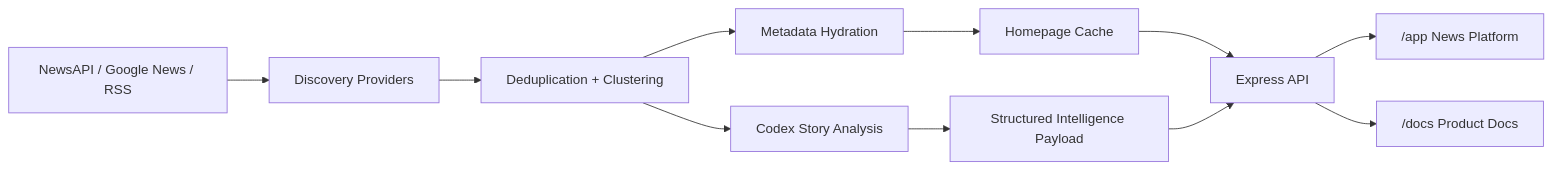
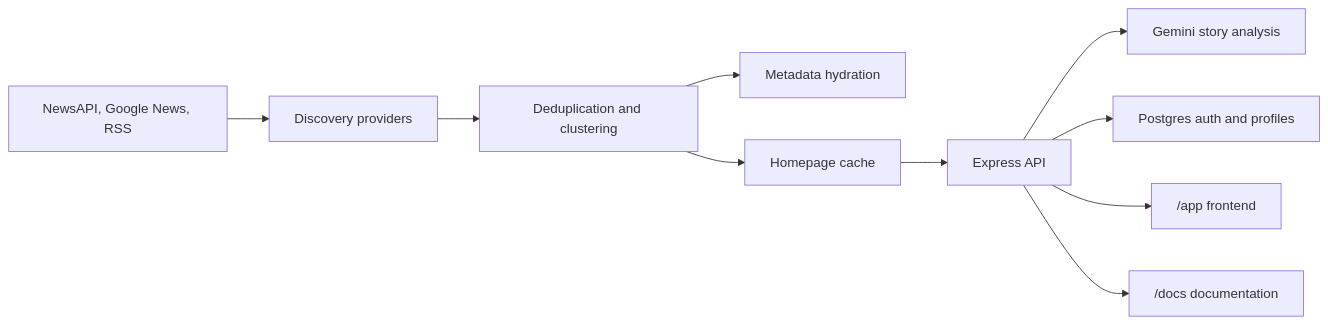
Before and after one commit to NavilanSanthanakrishnan/zelthir-news: the diagram in README.md, drawn with Mermaid. The commit also changed other lines of this file and 42 other files, not shown here.

````diff
--- a/README.md
+++ b/README.md
@@ -88,13 +26,12 @@
 ```mermaid
 flowchart LR
-    A["NewsAPI / Google News / RSS"] --> B["Discovery Providers"]
-    B --> C["Deduplication + Clustering"]
-    C --> D["Metadata Hydration"]
-    C --> E["Codex Story Analysis"]
-    D --> F["Homepage Cache"]
-    E --> G["Structured Intelligence Payload"]
-    F --> H["Express API"]
-    G --> H
-    H --> I["/app News Platform"]
-    H --> J["/docs Product Docs"]
+    News["NewsAPI, Google News, RSS"] --> Discovery["Discovery providers"]
+    Discovery --> Clustering["Deduplication and clustering"]
+    Clustering --> Metadata["Metadata hydration"]
+    Clustering --> Cache["Homepage cache"]
+    Cache --> API["Express API"]
+    API --> Gemini["Gemini story analysis"]
+    API --> Postgres["Postgres auth and profiles"]
+    API --> Frontend["/app frontend"]
+    API --> Docs["/docs documentation"]
 ```
````
